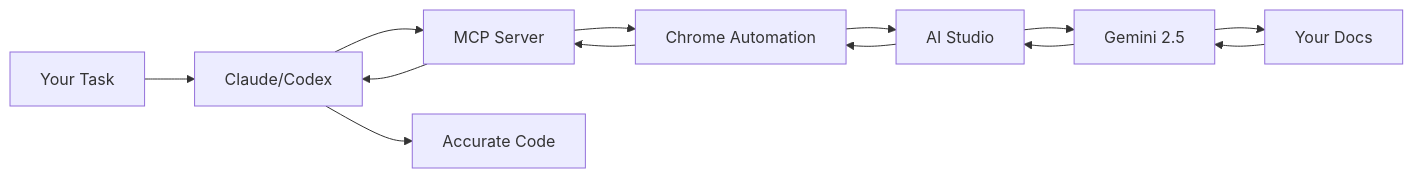
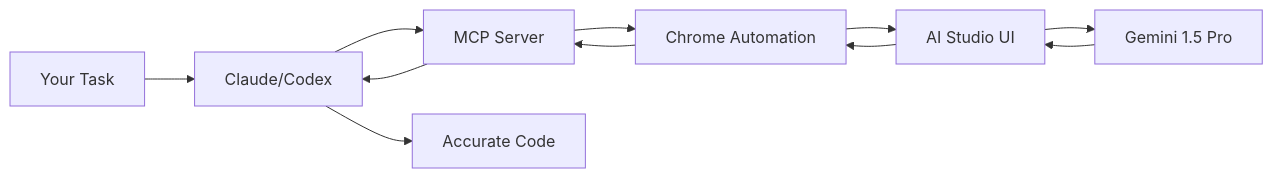
Before and after one commit to kumar-karan/notebooklm-mcp: the diagram in README.md, drawn with Mermaid. The commit also changed other lines of this file and 6 other files, not shown here.

````diff
--- a/README.md
+++ b/README.md
@@ -278,15 +106,13 @@
 ```mermaid
 graph LR
     A[Your Task] --> B[Claude/Codex]
     B --> C[MCP Server]
     C --> D[Chrome Automation]
-    D --> E[AI Studio]
-    E --> F[Gemini 2.5]
-    F --> G[Your Docs]
-    G --> F
+    D --> E[AI Studio UI]
+    E --> F[Gemini 1.5 Pro]
     F --> E
     E --> D
     D --> C
     C --> B
     B --> H[Accurate Code]
 ```
````
